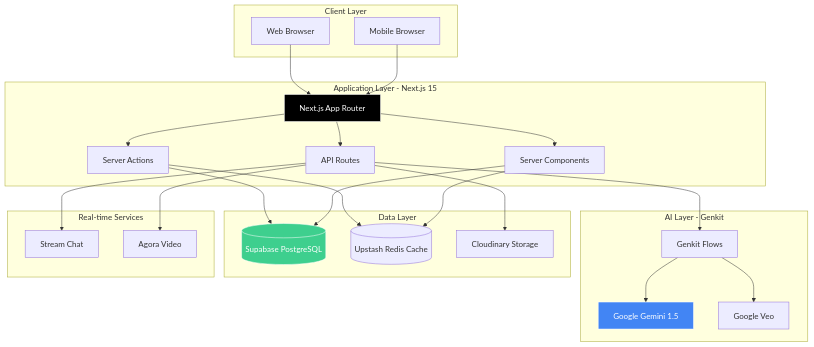
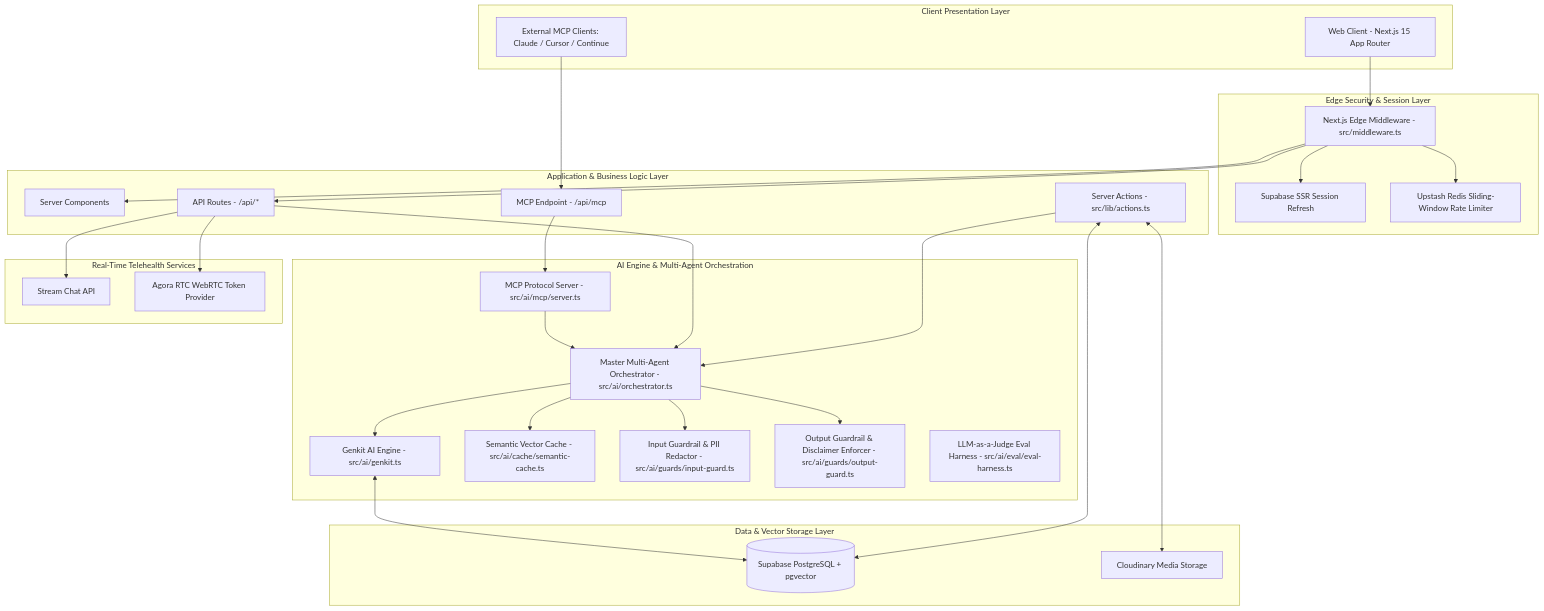
One commit to salman-momin08/dermiassist changed the first of 13 diagrams in README.md. Above: the diagram before and after it, drawn with Mermaid. The commit also changed other lines of this file and 64 other files, not shown here.

````diff
--- a/README.md
+++ b/README.md
@@ -127,55 +70,65 @@
 ```mermaid
 graph TB
-    subgraph "Client Layer"
-        WEB[Web Browser]
-        MOBILE[Mobile Browser]
+    subgraph Client Presentation Layer
+        WEB[Web Client - Next.js 15 App Router]
+        MCP_CLIENT[External MCP Clients: Claude / Cursor / Continue]
     end
     
-    subgraph "Application Layer - Next.js 15"
-        NEXTJS[Next.js App Router]
-        SSR[Server Components]
-        API[API Routes]
-        SA[Server Actions]
+    subgraph Edge Security & Session Layer
+        MIDDLEWARE[Next.js Edge Middleware - src/middleware.ts]
+        SUPABASE_AUTH[Supabase SSR Session Refresh]
+        REDIS_RATELIMIT[Upstash Redis Sliding-Window Rate Limiter]
     end
     
-    subgraph "AI Layer - Genkit"
-        GENKIT[Genkit Flows]
-        GEMINI[Google Gemini 1.5]
-        VEO[Google Veo]
+    subgraph Application & Business Logic Layer
+        SERVER_COMP[Server Components]
+        SERVER_ACTIONS[Server Actions - src/lib/actions.ts]
+        API_ROUTES[API Routes - /api/*]
+        MCP_ENDPOINT[MCP Endpoint - /api/mcp]
     end
     
-    subgraph "Data Layer"
-        SUPABASE[(Supabase PostgreSQL)]
-        REDIS[(Upstash Redis Cache)]
-        CLOUDINARY[Cloudinary Storage]
+    subgraph AI Engine & Multi-Agent Orchestration
+        GENKIT[Genkit AI Engine - src/ai/genkit.ts]
+        MCP_SERVER[MCP Protocol Server - src/ai/mcp/server.ts]
+        AI_ORCHESTRATOR[Master Multi-Agent Orchestrator - src/ai/orchestrator.ts]
+        SEM_CACHE[Semantic Vector Cache - src/ai/cache/semantic-cache.ts]
+        GUARDRAILS_IN[Input Guardrail & PII Redactor - src/ai/guards/input-guard.ts]
+        GUARDRAILS_OUT[Output Guardrail & Disclaimer Enforcer - src/ai/guards/output-guard.ts]
+        EVAL_HARNESS[LLM-as-a-Judge Eval Harness - src/ai/eval/eval-harness.ts]
     end
     
-    subgraph "Real-time Services"
-        STREAM[Stream Chat]
-        AGORA[Agora Video]
+    subgraph Data & Vector Storage Layer
+        SUPABASE_DB[(Supabase PostgreSQL + pgvector)]
+        CLOUDINARY[Cloudinary Media Storage]
     end
     
-    WEB --> NEXTJS
-    MOBILE --> NEXTJS
-    NEXTJS --> SSR
-    NEXTJS --> API
-    NEXTJS --> SA
+    subgraph Real-Time Telehealth Services
+        STREAM[Stream Chat API]
+        AGORA[Agora RTC WebRTC Token Provider]
+    end
     
-    API --> GENKIT
-    SA --> SUPABASE
-    SA --> REDIS
+    WEB --> MIDDLEWARE
+    MCP_CLIENT --> MCP_ENDPOINT
+    MIDDLEWARE --> SUPABASE_AUTH
+    MIDDLEWARE --> REDIS_RATELIMIT
+    MIDDLEWARE --> API_ROUTES
+    MIDDLEWARE --> SERVER_COMP
     
-    GENKIT --> GEMINI
-    GENKIT --> VEO
+    MCP_ENDPOINT --> MCP_SERVER
+    MCP_SERVER --> AI_ORCHESTRATOR
     
-    API --> CLOUDINARY
-    API --> STREAM
-    API --> AGORA
+    API_ROUTES --> AI_ORCHESTRATOR
+    SERVER_ACTIONS --> AI_ORCHESTRATOR
     
-    SSR --> SUPABASE
-    SSR --> REDIS
+    AI_ORCHESTRATOR --> GUARDRAILS_IN
+    AI_ORCHESTRATOR --> SEM_CACHE
+    AI_ORCHESTRATOR --> GENKIT
+    AI_ORCHESTRATOR --> GUARDRAILS_OUT
     
-    style NEXTJS fill:#000,stroke:#fff,color:#fff
-    style GEMINI fill:#4285f4,stroke:#fff,color:#fff
-    style SUPABASE fill:#3ecf8e,stroke:#fff,color:#fff
+    GENKIT <--> SUPABASE_DB
+    SERVER_ACTIONS <--> SUPABASE_DB
+    SERVER_ACTIONS <--> CLOUDINARY
+    
+    API_ROUTES --> STREAM
+    API_ROUTES --> AGORA
 ```
````
